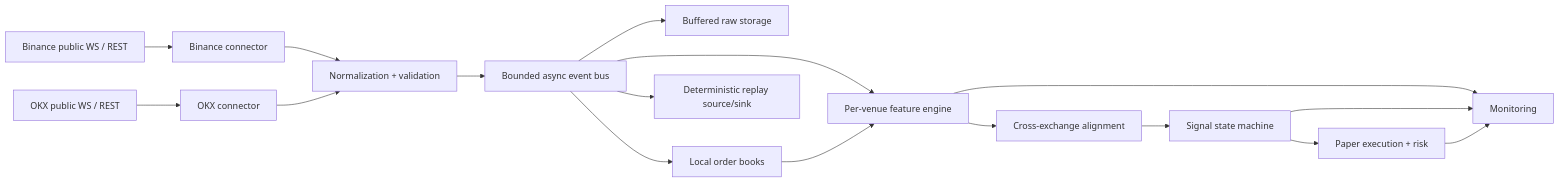
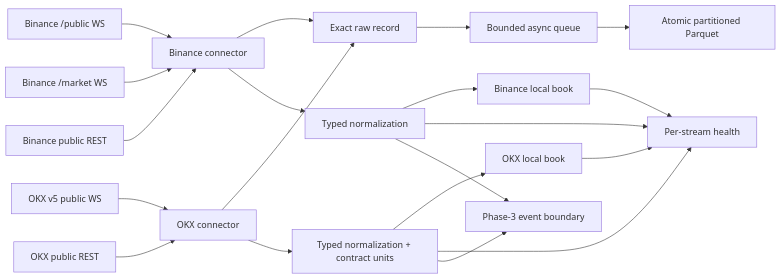
Before and after one commit to Gabrilekiwi/CVF-01: the diagram in docs/architecture.md, drawn with Mermaid. The commit also changed other lines of this file and 67 other files, not shown here.

Commit message:
feat: implement phase 2 public market data pipeline

````diff
--- a/docs/architecture.md
+++ b/docs/architecture.md
@@ -25,19 +22,22 @@
 ```mermaid
 flowchart LR
-    B["Binance public WS / REST"] --> BC["Binance connector"]
-    O["OKX public WS / REST"] --> OC["OKX connector"]
-    BC --> N["Normalization + validation"]
-    OC --> N
-    N --> Q["Bounded async event bus"]
-    Q --> R["Buffered raw storage"]
-    Q --> OB["Local order books"]
-    Q --> F["Per-venue feature engine"]
-    OB --> F
-    F --> X["Cross-exchange alignment"]
-    X --> S["Signal state machine"]
-    S --> P["Paper execution + risk"]
-    Q --> RP["Deterministic replay source/sink"]
-    F --> M["Monitoring"]
-    S --> M
-    P --> M
+    BW["Binance /public WS"] --> BC["Binance connector"]
+    BM["Binance /market WS"] --> BC
+    BR["Binance public REST"] --> BC
+    OW["OKX v5 public WS"] --> OC["OKX connector"]
+    OR["OKX public REST"] --> OC
+    BC --> RAW["Exact raw record"]
+    OC --> RAW
+    RAW --> Q["Bounded async queue"]
+    Q --> PQ["Atomic partitioned Parquet"]
+    BC --> BN["Typed normalization"]
+    OC --> ON["Typed normalization + contract units"]
+    BN --> BB["Binance local book"]
+    ON --> OB["OKX local book"]
+    BN --> H["Per-stream health"]
+    ON --> H
+    BB --> H
+    OB --> H
+    BN --> NEXT["Phase-3 event boundary"]
+    ON --> NEXT
 ```
````
